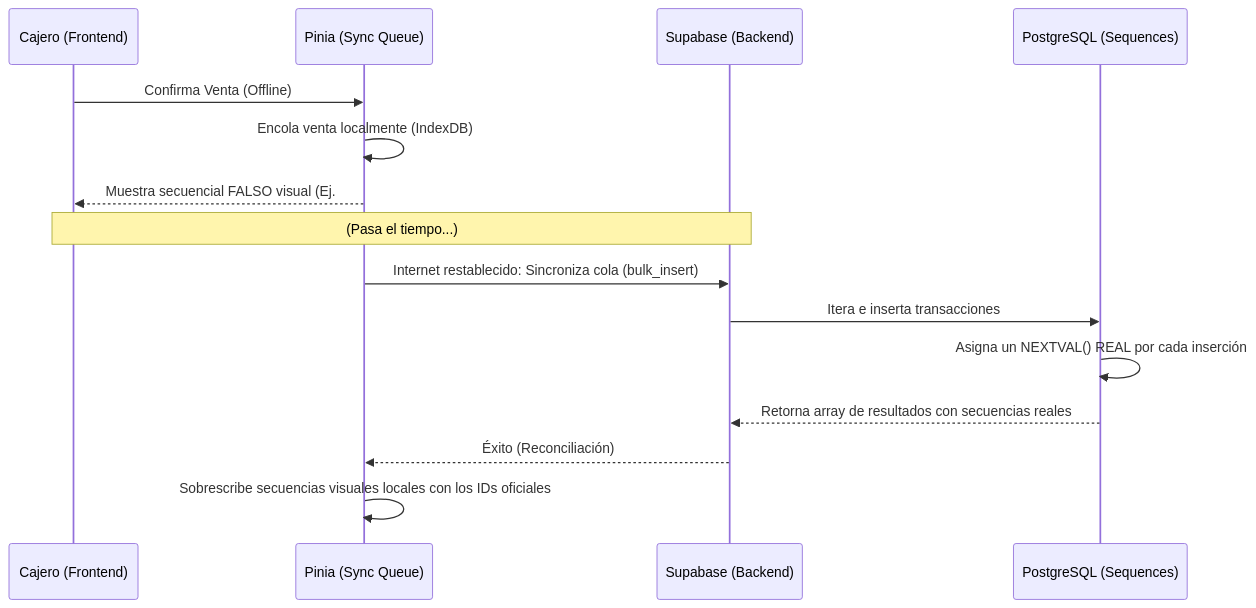
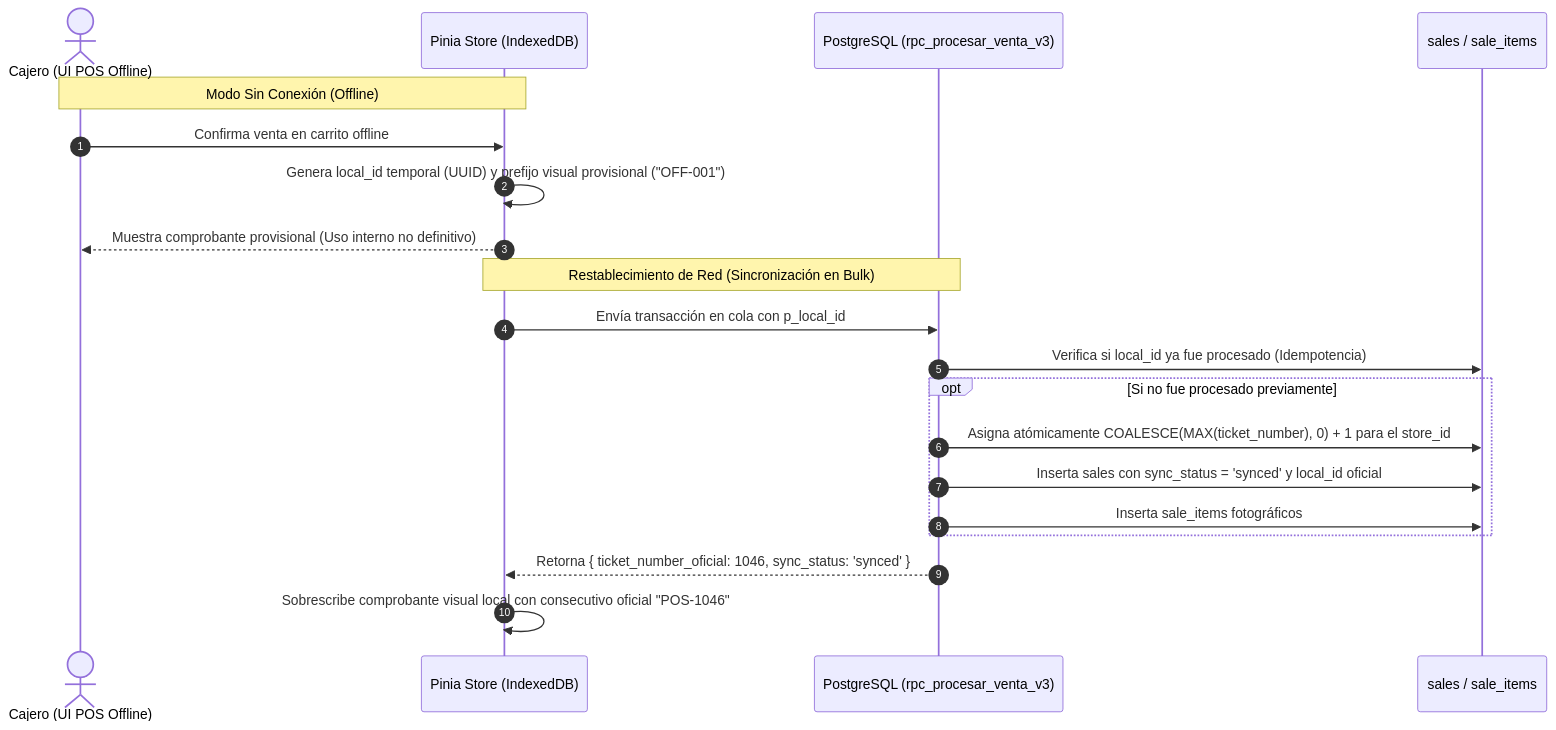
The third of 5 diagrams in documentation/01_requirements/SDD/SDD_007_02_TICKET_DE_VENTA.md (YamirJCF/tienda-barrio-pro), drawn with Mermaid before and after one commit. The commit also changed other lines of this file, not shown here.

Commit message:
docs(sdd): rectificar y sanitizar SDD-007-02 bajo protocolo PAC-SDD estricto con certificacion QA

````diff
--- a/documentation/01_requirements/SDD/SDD_007_02_TICKET_DE_VENTA.md
+++ b/documentation/01_requirements/SDD/SDD_007_02_TICKET_DE_VENTA.md
@@ -103,20 +158,24 @@
 ```mermaid
 sequenceDiagram
-    participant UI as Cajero (Frontend)
-    participant Store as Pinia (Sync Queue)
-    participant API as Supabase (Backend)
-    participant DB as PostgreSQL (Sequences)
+    autonumber
+    actor C as Cajero (UI POS Offline)
+    participant Store as Pinia Store (IndexedDB)
+    participant RPC as PostgreSQL (rpc_procesar_venta_v3)
+    participant DB as sales / sale_items
 
-    UI->>Store: Confirma Venta (Offline)
-    Store->>Store: Encola venta localmente (IndexDB)
-    Store-->>UI: Muestra secuencial FALSO visual (Ej. #999)
-    
-    note over UI,API: (Pasa el tiempo...)
-    
-    Store->>API: Internet restablecido: Sincroniza cola (bulk_insert)
-    API->>DB: Itera e inserta transacciones
-    DB->>DB: Asigna un NEXTVAL() REAL por cada inserción
-    DB-->>API: Retorna array de resultados con secuencias reales
-    API-->>Store: Éxito (Reconciliación)
-    Store->>Store: Sobrescribe secuencias visuales locales con los IDs oficiales
+    Note over C, Store: Modo Sin Conexión (Offline)
+    C->>Store: Confirma venta en carrito offline
+    Store->>Store: Genera local_id temporal (UUID) y prefijo visual provisional ("OFF-001")
+    Store-->>C: Muestra comprobante provisional (Uso interno no definitivo)
+
+    Note over Store, RPC: Restablecimiento de Red (Sincronización en Bulk)
+    Store->>RPC: Envía transacción en cola con p_local_id
+    RPC->>DB: Verifica si local_id ya fue procesado (Idempotencia)
+    opt Si no fue procesado previamente
+        RPC->>DB: Asigna atómicamente COALESCE(MAX(ticket_number), 0) + 1 para el store_id
+        RPC->>DB: Inserta sales con sync_status = 'synced' y local_id oficial
+        RPC->>DB: Inserta sale_items fotográficos
+    end
+    RPC-->>Store: Retorna { ticket_number_oficial: 1046, sync_status: 'synced' }
+    Store->>Store: Sobrescribe comprobante visual local con consecutivo oficial "POS-1046"
 ```
````
